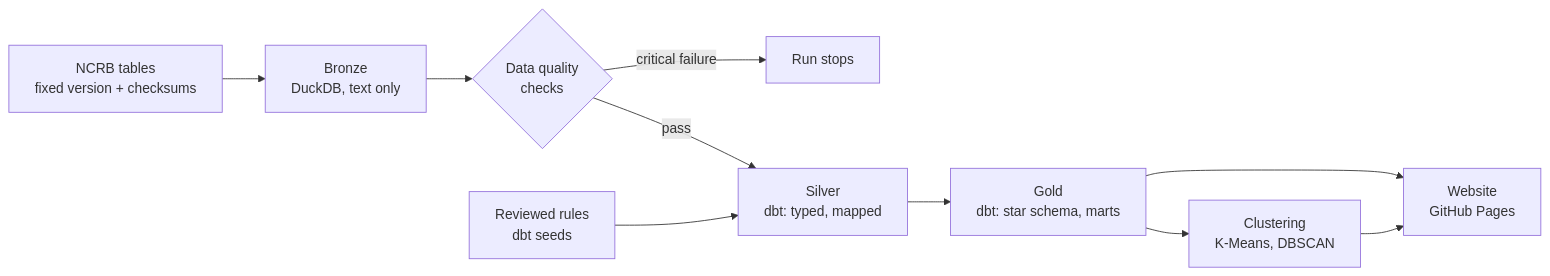
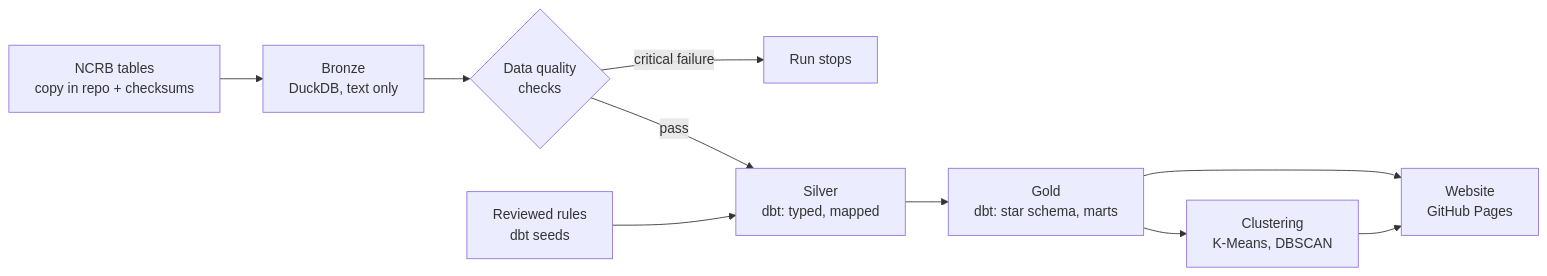
One commit to Lisasilva/Crimes-in-India-data-platform changed the diagram in README.md. Above: the diagram before and after it, drawn with Mermaid. The commit also changed other lines of this file and 4 other files, not shown here.

First line of the commit message:
Theme the two site views, add chart reset buttons and clearer method labels

````diff
--- a/README.md
+++ b/README.md
@@ -23,12 +24,12 @@
 ```mermaid
 flowchart LR
-    ncrb["NCRB tables<br/>fixed version + checksums"] --> bronze["Bronze<br/>DuckDB, text only"]
+    ncrb["NCRB tables<br/>copy in repo + checksums"] --> bronze["Bronze<br/>DuckDB, text only"]
     bronze --> checks{"Data quality<br/>checks"}
     checks -- critical failure --> stop["Run stops"]
     checks -- pass --> silver["Silver<br/>dbt: typed, mapped"]
     seeds["Reviewed rules<br/>dbt seeds"] --> silver
     silver --> gold["Gold<br/>dbt: star schema, marts"]
     gold --> ml["Clustering<br/>K-Means, DBSCAN"]
     gold --> site["Website<br/>GitHub Pages"]
     ml --> site
 ```
````
